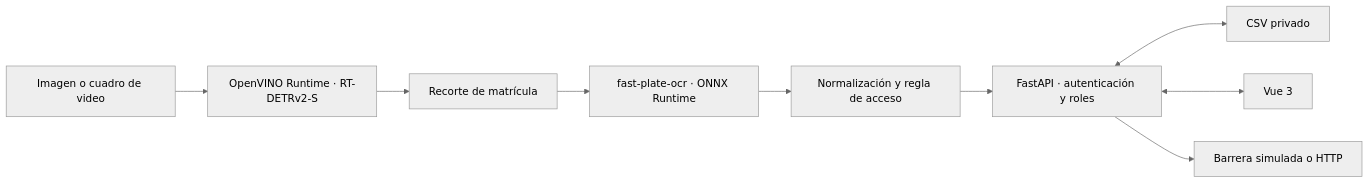
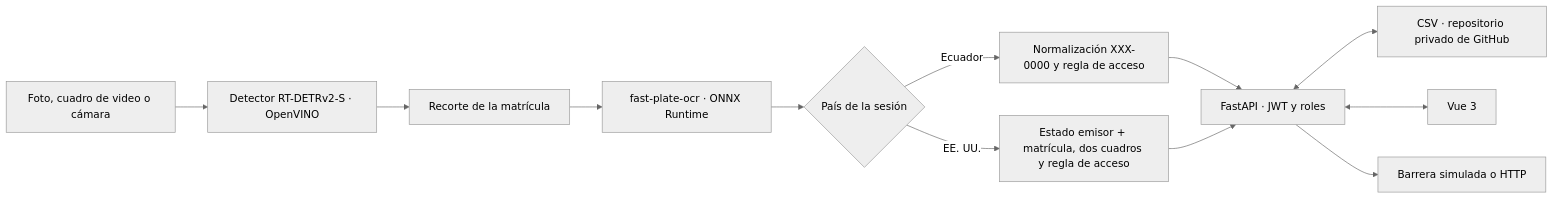
Before and after one commit to eduardoceballos666/SIRAP_USA_ECUADOR: the diagram in docs/arquitectura.md, drawn with Mermaid (neutral theme). The commit also changed other lines of this file and 74 other files, not shown here.

````diff
--- a/docs/arquitectura.md
+++ b/docs/arquitectura.md
@@ -5,11 +7,14 @@
 ```mermaid
 flowchart LR
-    IMG[Imagen o cuadro de video] --> DET[OpenVINO Runtime · RT-DETRv2-S]
-    DET --> CROP[Recorte de matrícula]
+    IMG[Foto, cuadro de video o cámara] --> DET[Detector RT-DETRv2-S · OpenVINO]
+    DET --> CROP[Recorte de la matrícula]
     CROP --> OCR[fast-plate-ocr · ONNX Runtime]
-    OCR --> DEC[Normalización y regla de acceso]
-    DEC --> API[FastAPI · autenticación y roles]
-    API <--> CSV[CSV privado]
+    OCR --> PAIS{País de la sesión}
+    PAIS -->|Ecuador| EC[Normalización XXX-0000 y regla de acceso]
+    PAIS -->|EE. UU.| US[Estado emisor + matrícula, dos cuadros y regla de acceso]
+    EC --> API[FastAPI · JWT y roles]
+    US --> API
+    API <--> CSV[CSV · repositorio privado de GitHub]
     API <--> UI[Vue 3]
     API --> BAR[Barrera simulada o HTTP]
 ```
````
